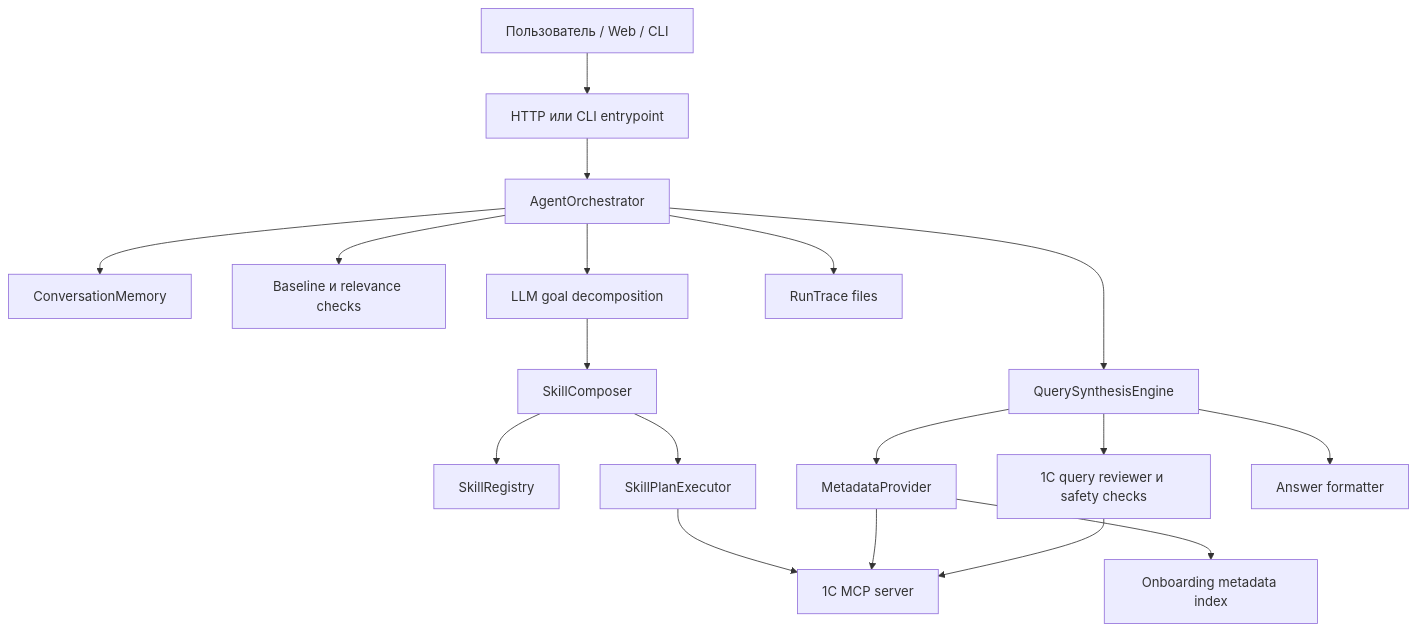
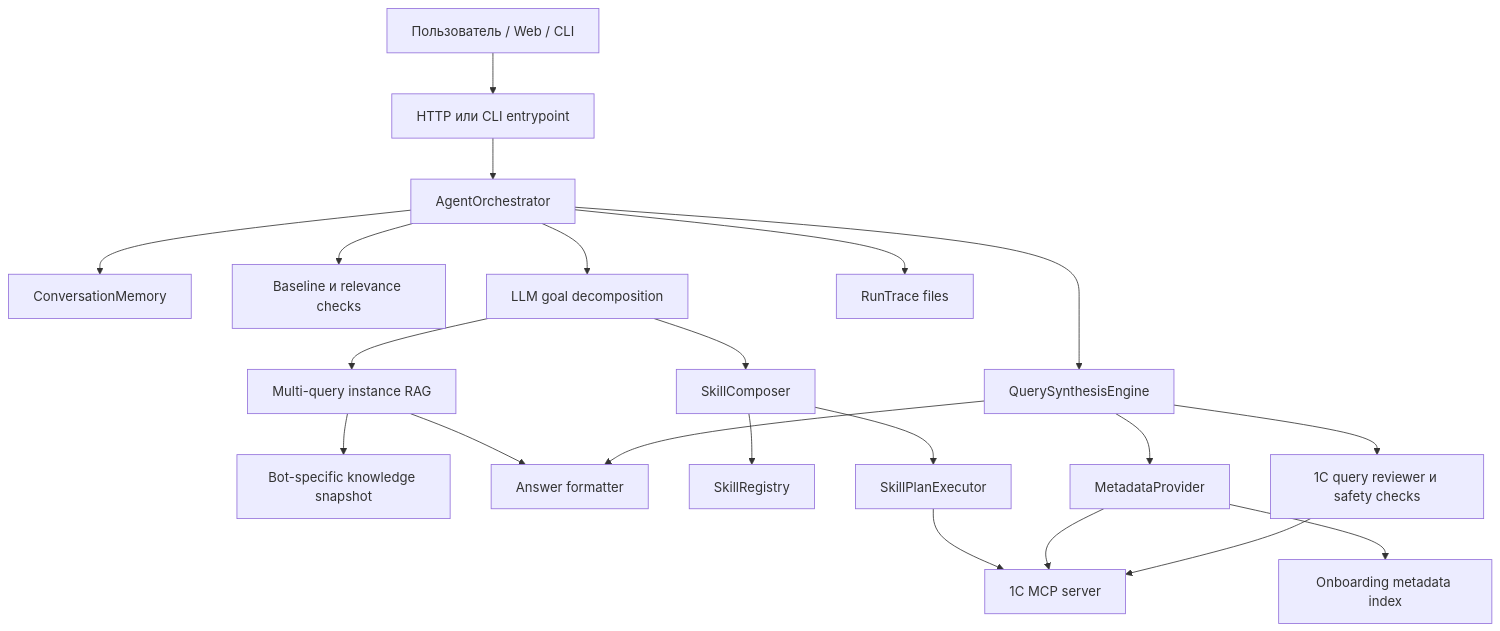
Before and after one commit to Repich/Chat_bot_v5: the diagram in docs/architecture.md, drawn with Mermaid. The commit also changed 20 other files, not shown here.

````diff
--- a/docs/architecture.md
+++ b/docs/architecture.md
@@ -5,20 +5,23 @@
 ```mermaid
 flowchart TD
     User["Пользователь / Web / CLI"] --> HTTP["HTTP или CLI entrypoint"]
     HTTP --> Orchestrator["AgentOrchestrator"]
     Orchestrator --> Memory["ConversationMemory"]
     Orchestrator --> Baseline["Baseline и relevance checks"]
     Orchestrator --> Decomposer["LLM goal decomposition"]
+    Decomposer --> RAG["Multi-query instance RAG"]
+    RAG --> Snapshot["Bot-specific knowledge snapshot"]
+    RAG --> Formatter
     Decomposer --> Composer["SkillComposer"]
     Composer --> Registry["SkillRegistry"]
     Composer --> Executor["SkillPlanExecutor"]
     Executor --> MCP["1C MCP server"]
     Orchestrator --> Synth["QuerySynthesisEngine"]
     Synth --> Metadata["MetadataProvider"]
     Metadata --> Index["Onboarding metadata index"]
     Metadata --> MCP
     Synth --> Reviewer["1C query reviewer и safety checks"]
     Reviewer --> MCP
     Synth --> Formatter["Answer formatter"]
     Orchestrator --> Trace["RunTrace files"]
 ```
````
